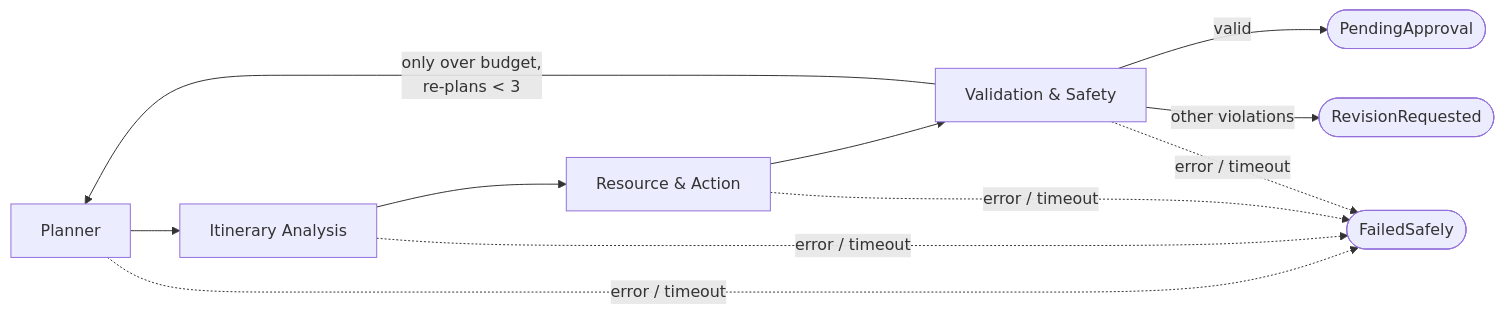
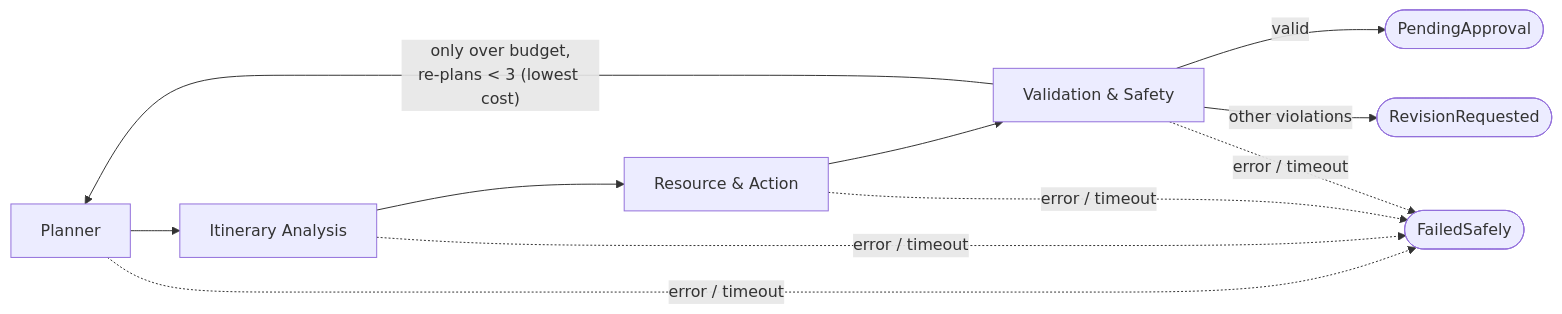
One commit to IT24103817/TripCraft changed the second of 2 diagrams in README.md. Above: the diagram before and after it, drawn with Mermaid. The commit also changed other lines of this file and 177 other files, not shown here.

````diff
--- a/README.md
+++ b/README.md
@@ -166,8 +171,8 @@
 ```mermaid
 flowchart LR
     P["Planner"] --> I["Itinerary Analysis"] --> R["Resource & Action"] --> V["Validation & Safety"]
-    V -- "only over budget,<br/>re-plans < 3" --> P
+    V -- "only over budget,<br/>re-plans < 3 (lowest cost)" --> P
     V -- "valid" --> PA(["PendingApproval"])
     V -- "other violations" --> RR(["RevisionRequested"])
     P & I & R & V -. "error / timeout" .-> F(["FailedSafely"])
 ```
````
